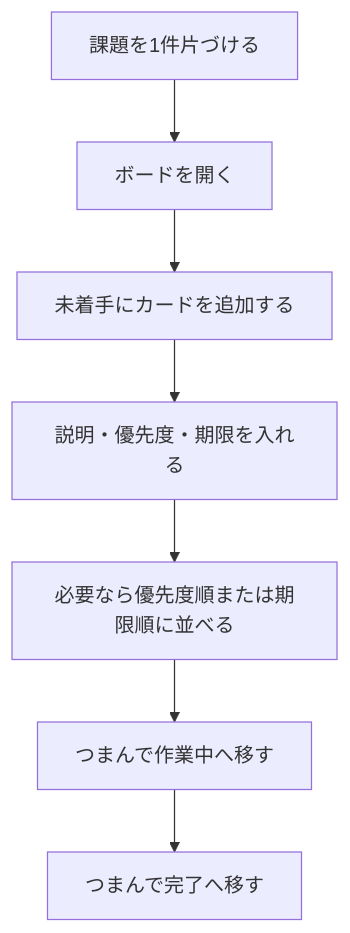
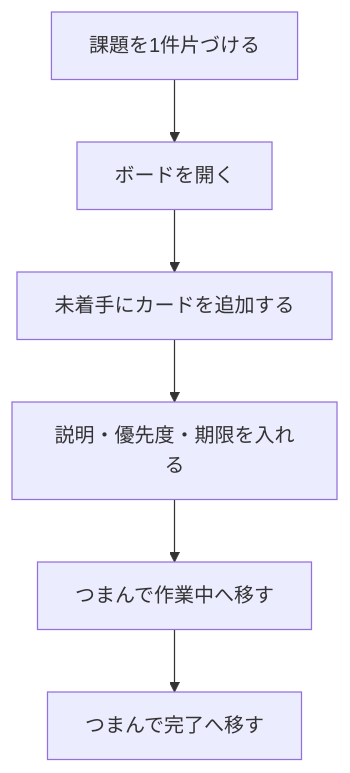
One commit to pfgnsb/kadai-kanri-board changed the first of 8 diagrams in ドキュメント/要件定義書.md. Above: the diagram before and after it, drawn with Mermaid. The commit also changed other lines of this file and 4 other files, not shown here.

````diff
--- a/ドキュメント/要件定義書.md
+++ b/ドキュメント/要件定義書.md
@@ -111,9 +110,8 @@
 ```mermaid
 flowchart TD
   start[課題を1件片づける] --> open[ボードを開く]
   open --> add[未着手にカードを追加する]
   add --> edit[説明・優先度・期限を入れる]
-  edit --> sort[必要なら優先度順または期限順に並べる]
-  sort --> work[つまんで作業中へ移す]
+  edit --> work[つまんで作業中へ移す]
   work --> done[つまんで完了へ移す]
 ```
````
